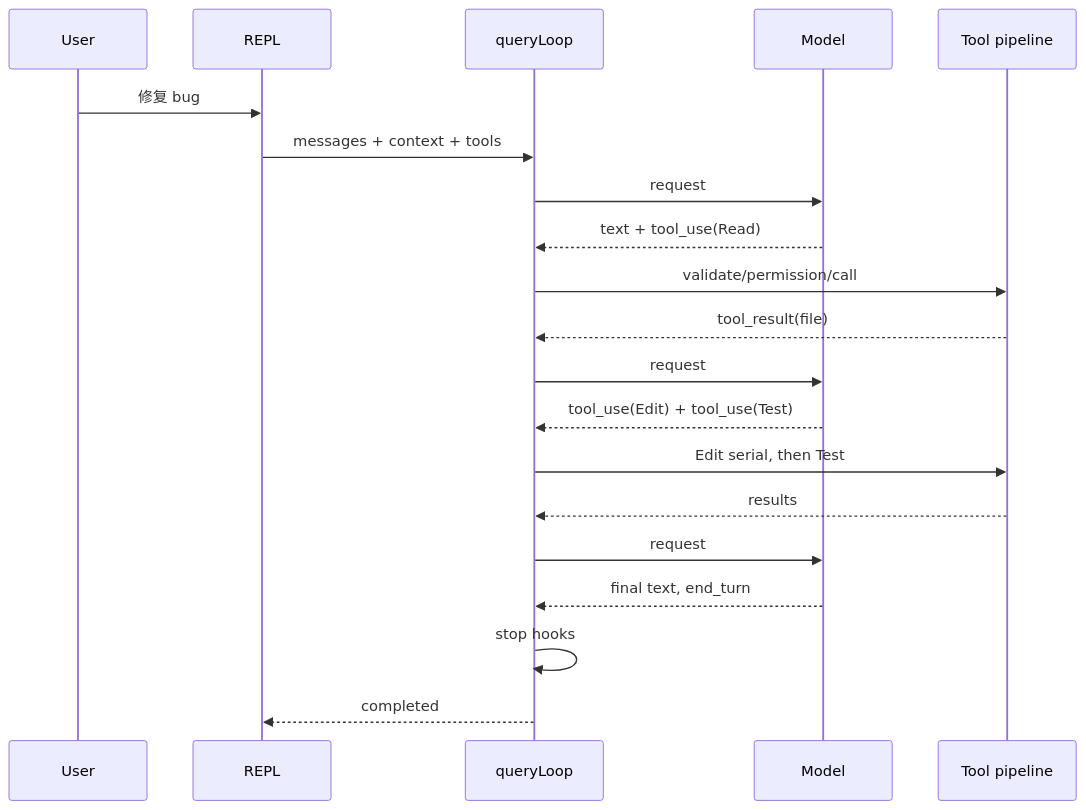
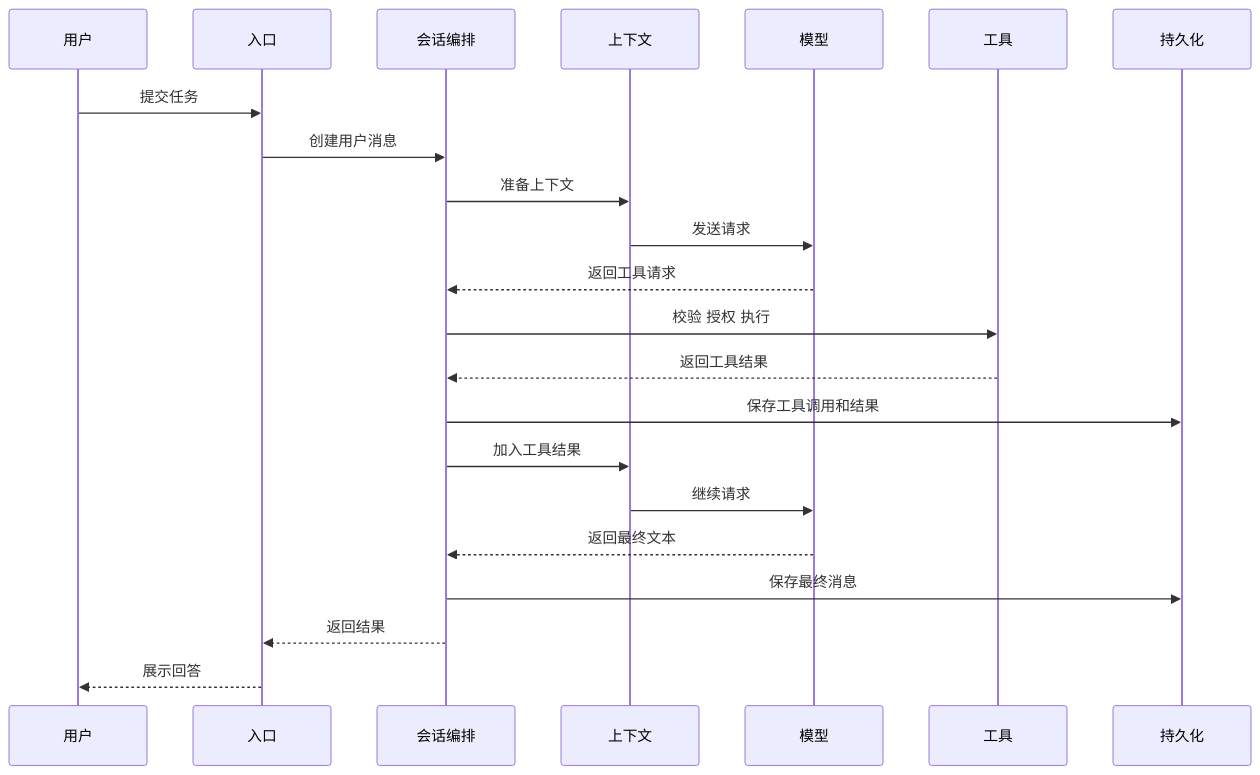
The third of 3 diagrams in docs/project-guide/04-query-agent-loop.md (Hanxcellent/openclaude), drawn with Mermaid before and after one commit. The commit also changed other lines of this file and 44 other files, not shown here.

````diff
--- a/docs/project-guide/04-query-agent-loop.md
+++ b/docs/project-guide/04-query-agent-loop.md
@@ -213,22 +217,25 @@
 ```mermaid
 sequenceDiagram
-  participant U as User
-  participant R as REPL
-  participant Q as queryLoop
-  participant M as Model
-  participant T as Tool pipeline
-  U->>R: 修复 bug
-  R->>Q: messages + context + tools
-  Q->>M: request #1
-  M-->>Q: text + tool_use(Read)
-  Q->>T: validate/permission/call
-  T-->>Q: tool_result(file)
-  Q->>M: request #2 with result
-  M-->>Q: tool_use(Edit) + tool_use(Test)
-  Q->>T: Edit serial, then Test
-  T-->>Q: results
-  Q->>M: request #3
-  M-->>Q: final text, end_turn
-  Q->>Q: stop hooks
-  Q-->>R: completed
+  participant U as 用户
+  participant I as 入口
+  participant O as 会话编排
+  participant C as 上下文
+  participant M as 模型
+  participant T as 工具
+  participant P as 持久化
+
+  U->>I: 提交任务
+  I->>O: 创建用户消息
+  O->>C: 准备上下文
+  C->>M: 发送请求
+  M-->>O: 返回工具请求
+  O->>T: 校验 授权 执行
+  T-->>O: 返回工具结果
+  O->>P: 保存工具调用和结果
+  O->>C: 加入工具结果
+  C->>M: 继续请求
+  M-->>O: 返回最终文本
+  O->>P: 保存最终消息
+  O-->>I: 返回结果
+  I-->>U: 展示回答
 ```
````
